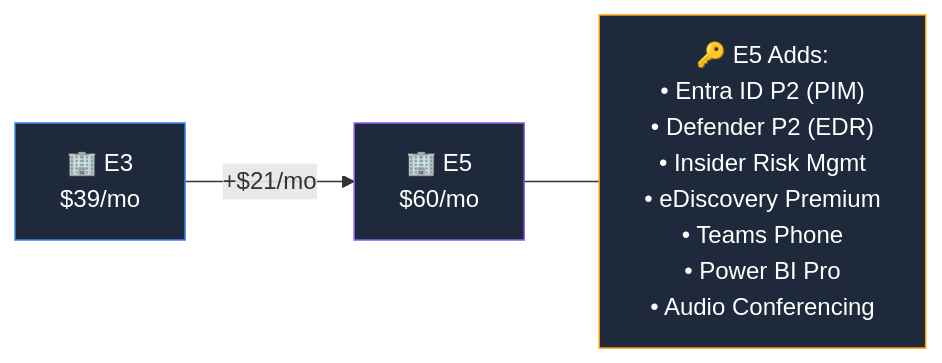
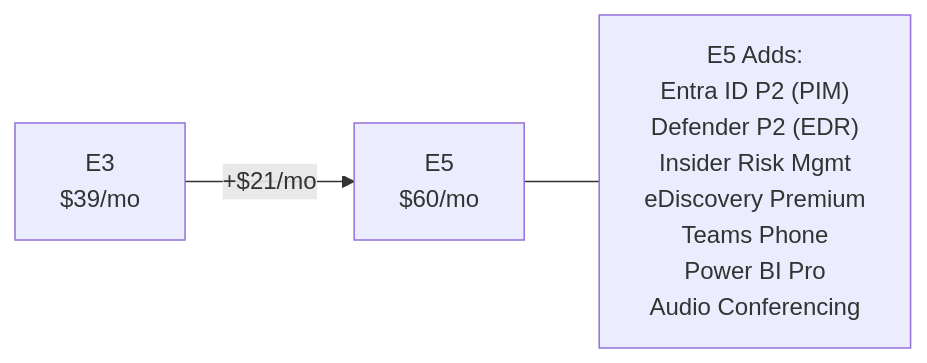
The second of 3 diagrams in content/licensing/microsoft-365-e3.md (susanthgit/aguidetocloud-revamp), drawn with Mermaid before and after one commit. The commit also changed other lines of this file and 553 other files, not shown here.

First line of the commit message:
🌸 Z17: Zen Mermaid diagrams — Stripe Docs style

````diff
--- a/content/licensing/microsoft-365-e3.md
+++ b/content/licensing/microsoft-365-e3.md
@@ -120,11 +116,8 @@
 ```mermaid
 flowchart LR
-    E3["🏢 E3\n$39/mo"]
-    E5["🏢 E5\n$60/mo"]
-    DIFF["🔑 E5 Adds:\n• Entra ID P2 (PIM)\n• Defender P2 (EDR)\n• Insider Risk Mgmt\n• eDiscovery Premium\n• Teams Phone\n• Power BI Pro\n• Audio Conferencing"]
+    E3["E3<br/>$39/mo"]
+    E5["E5<br/>$60/mo"]
+    DIFF["E5 Adds:<br/>Entra ID P2 (PIM)<br/>Defender P2 (EDR)<br/>Insider Risk Mgmt<br/>eDiscovery Premium<br/>Teams Phone<br/>Power BI Pro<br/>Audio Conferencing"]
     E3 -->|"+$21/mo"| E5
     E5 --- DIFF
-    style E3 fill:#1e293b,stroke:#3b82f6,color:#ffffff
-    style E5 fill:#1e293b,stroke:#8b5cf6,color:#ffffff
-    style DIFF fill:#1e293b,stroke:#f59e0b,color:#ffffff
 ```
````
